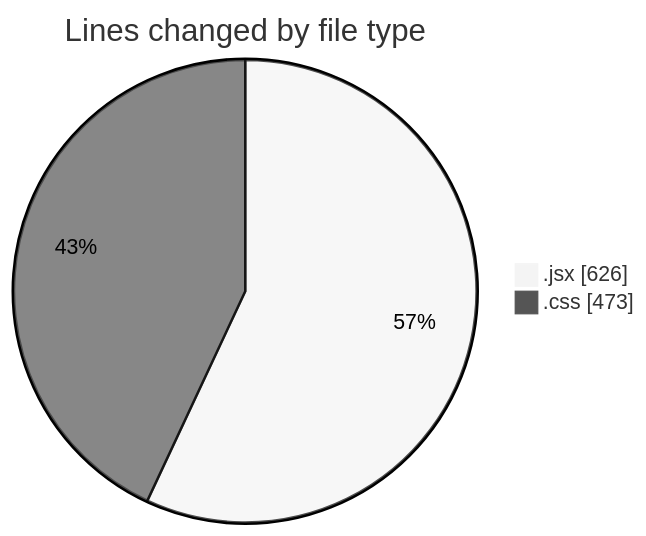
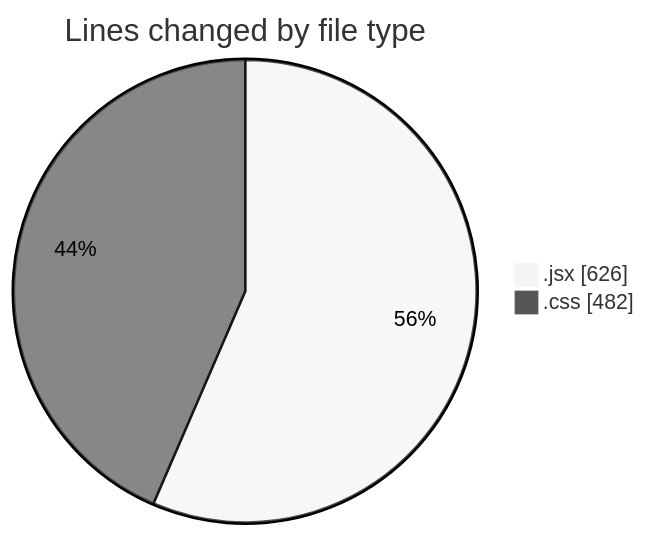
Before and after one commit to BS-eng2023/code-tracking: the first of 2 diagrams in 2025-05-08/recipe-app/README.md, drawn with Mermaid (neutral theme). The commit also changed other lines of this file and 1 other file, not shown here.

````diff
--- a/2025-05-08/recipe-app/README.md
+++ b/2025-05-08/recipe-app/README.md
@@ -24,6 +24,6 @@
 ```mermaid
 pie showData
 title Lines changed by file type
 ".jsx" : 626
-".css" : 473
+".css" : 482
 ```
````
